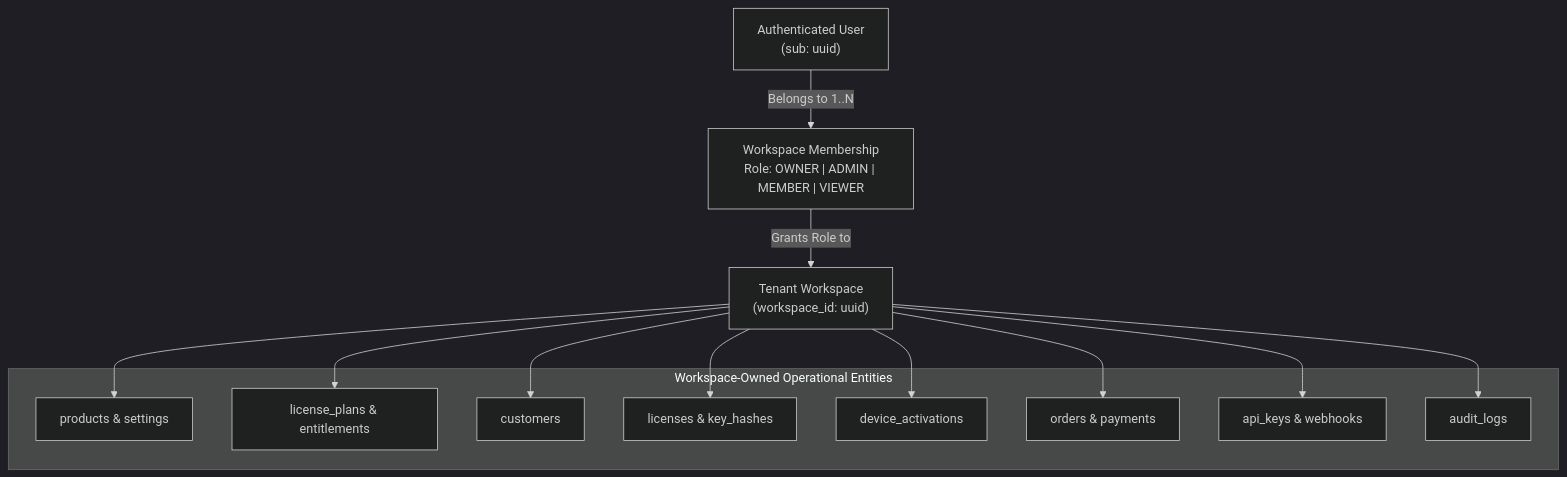
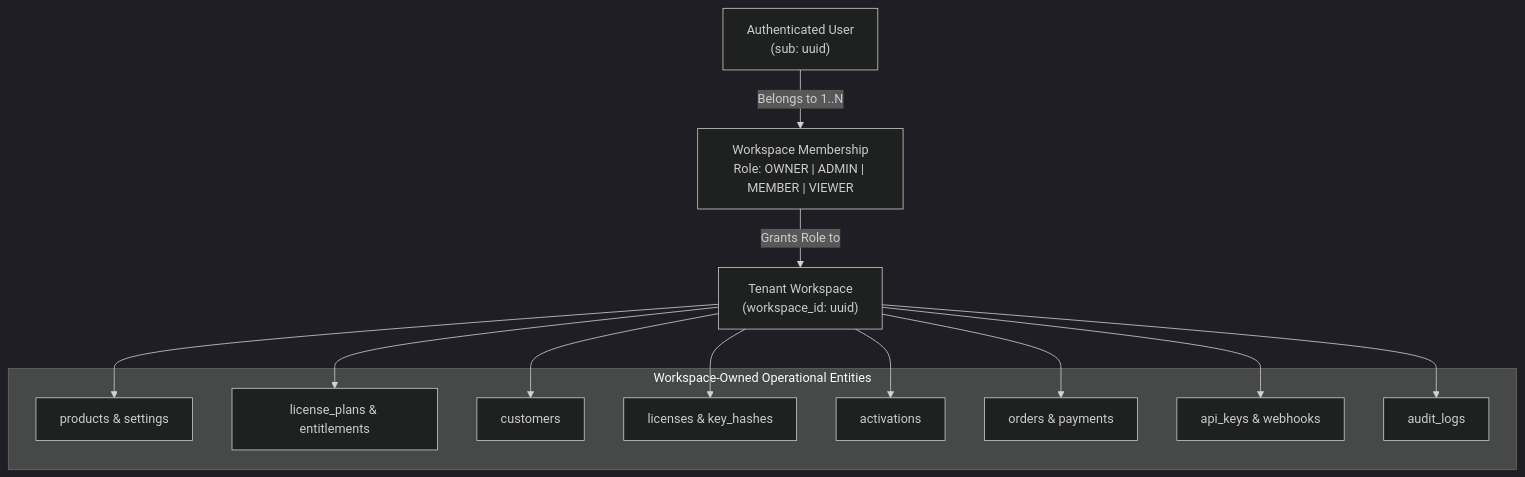
Before and after one commit to AayushSrivastava15/Rightfull: the diagram in docs/architecture/workspace-authorization.md, drawn with Mermaid (dark theme). The commit also changed other lines of this file and 211 other files, not shown here.

````diff
--- a/docs/architecture/workspace-authorization.md
+++ b/docs/architecture/workspace-authorization.md
@@ -10,28 +10,28 @@
 ```mermaid
 flowchart TD
     User["Authenticated User\n(sub: uuid)"]
     Membership["Workspace Membership\nRole: OWNER | ADMIN | MEMBER | VIEWER"]
     Workspace["Tenant Workspace\n(workspace_id: uuid)"]
     
     subgraph CoreEntities["Workspace-Owned Operational Entities"]
         Products["products & settings"]
         Plans["license_plans & entitlements"]
         Customers["customers"]
         Licenses["licenses & key_hashes"]
-        Activations["device_activations"]
+        Activations["activations"]
         Orders["orders & payments"]
         DevOps["api_keys & webhooks"]
         Audit["audit_logs"]
     end
 
     User -->|Belongs to 1..N| Membership
     Membership -->|Grants Role to| Workspace
     Workspace --> Products
     Workspace --> Plans
     Workspace --> Customers
     Workspace --> Licenses
     Workspace --> Activations
     Workspace --> Orders
     Workspace --> DevOps
     Workspace --> Audit
 ```
````
